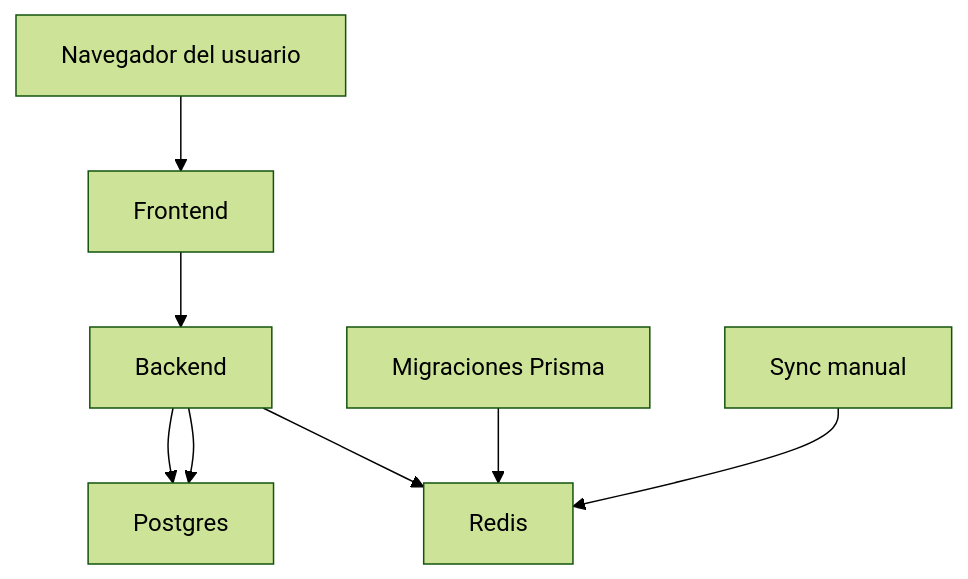
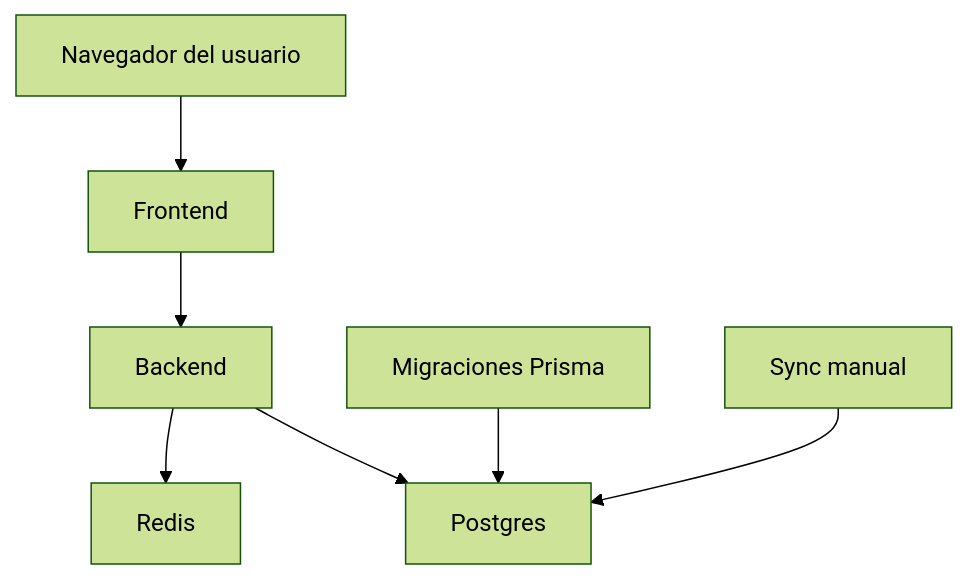
One commit to Unizar-30226-2026-11/infraestructura-proyecto changed the diagram in README.md. Above: the diagram before and after it, drawn with Mermaid (forest theme).

Commit message:
Actualizado README

````diff
--- a/README.md
+++ b/README.md
@@ -16,10 +16,9 @@
 ```mermaid
 graph TD
     U[Navegador del usuario] --> F[Frontend]
     F --> B[Backend]
     B --> R[Redis]
    B --> D[Postgres]
-    M[Migraciones Prisma] --> R
-   X[Sync manual] --> R
-   B --> D
+    M[Migraciones Prisma] --> D
+   X[Sync manual] --> D
 ```
````
